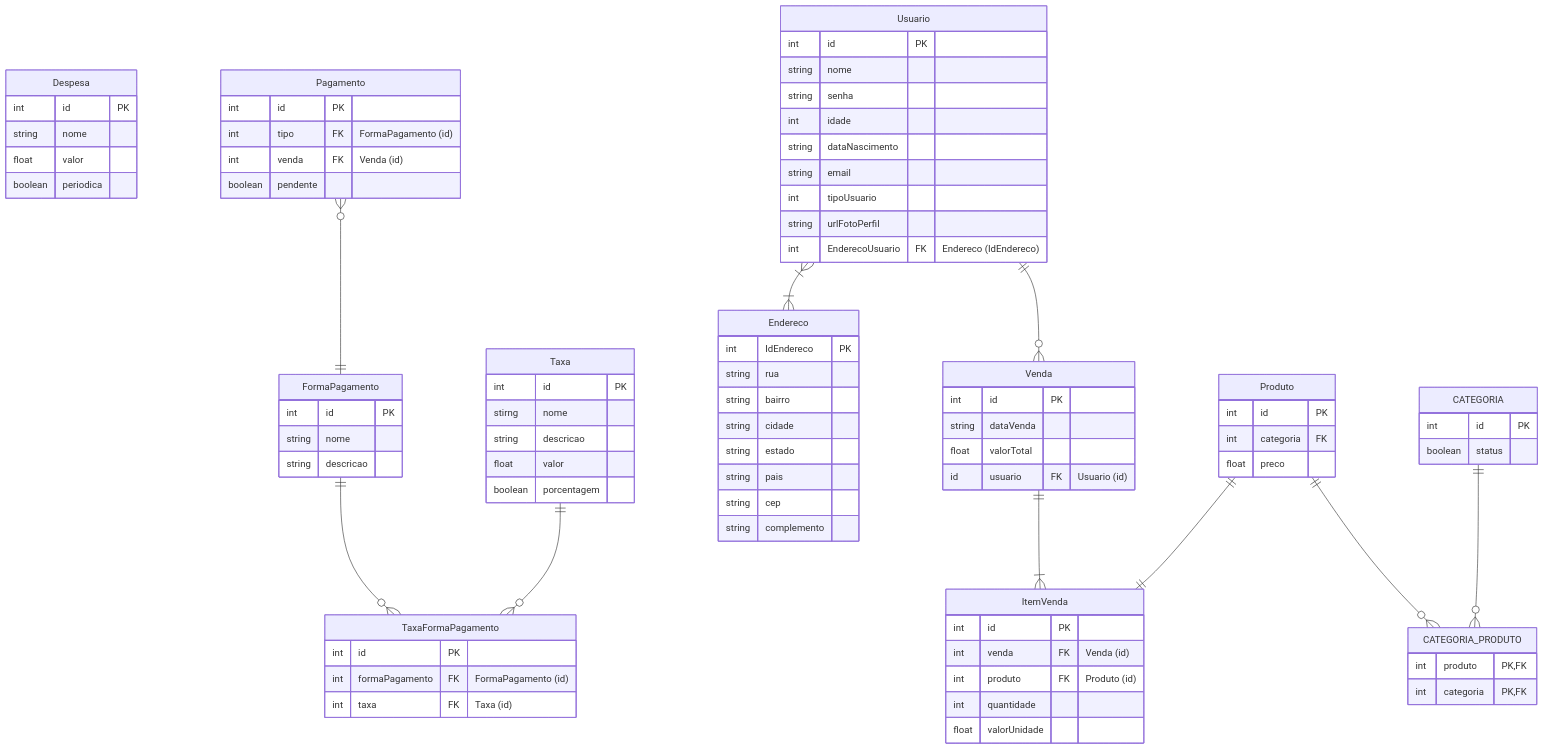
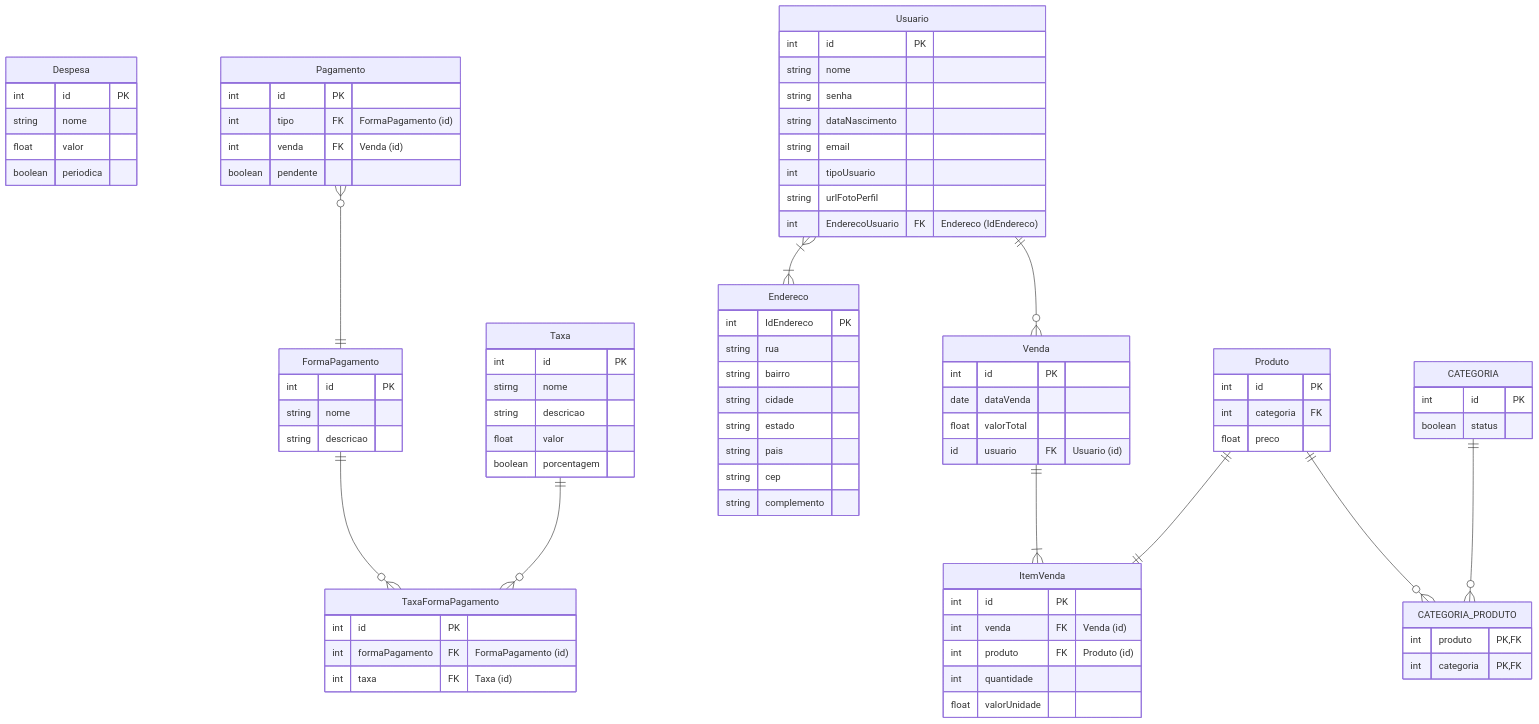
One commit to Control-Cash/controlcash changed the diagram in docs/documento-de-modelos.md. Above: the diagram before and after it, drawn with Mermaid.

Commit message:
realizando as mudanças solicitadas #30

```diff
--- a/docs/documento-de-modelos.md
+++ b/docs/documento-de-modelos.md
@@ -55,7 +55,6 @@
     int id PK
     string nome
     string senha
-    int idade
     string dataNascimento
     string email
     int tipoUsuario
@@ -65,7 +64,7 @@
   
   Venda {
     int id PK
-    string dataVenda
+    date dataVenda
     float valorTotal
     id usuario FK "Usuario (id)"
   }
@@ -83,7 +82,7 @@
   FormaPagamento ||--o{ TaxaFormaPagamento : ""
   Taxa ||--o{ TaxaFormaPagamento : ""
   
-   Usuario |{--|{ Endereco : ""
+   Usuario }|--|{ Endereco : ""
    Venda ||--|{ ItemVenda : ""
    Produto ||--|| ItemVenda: ""
    Usuario ||--o{ Venda: ""
```
